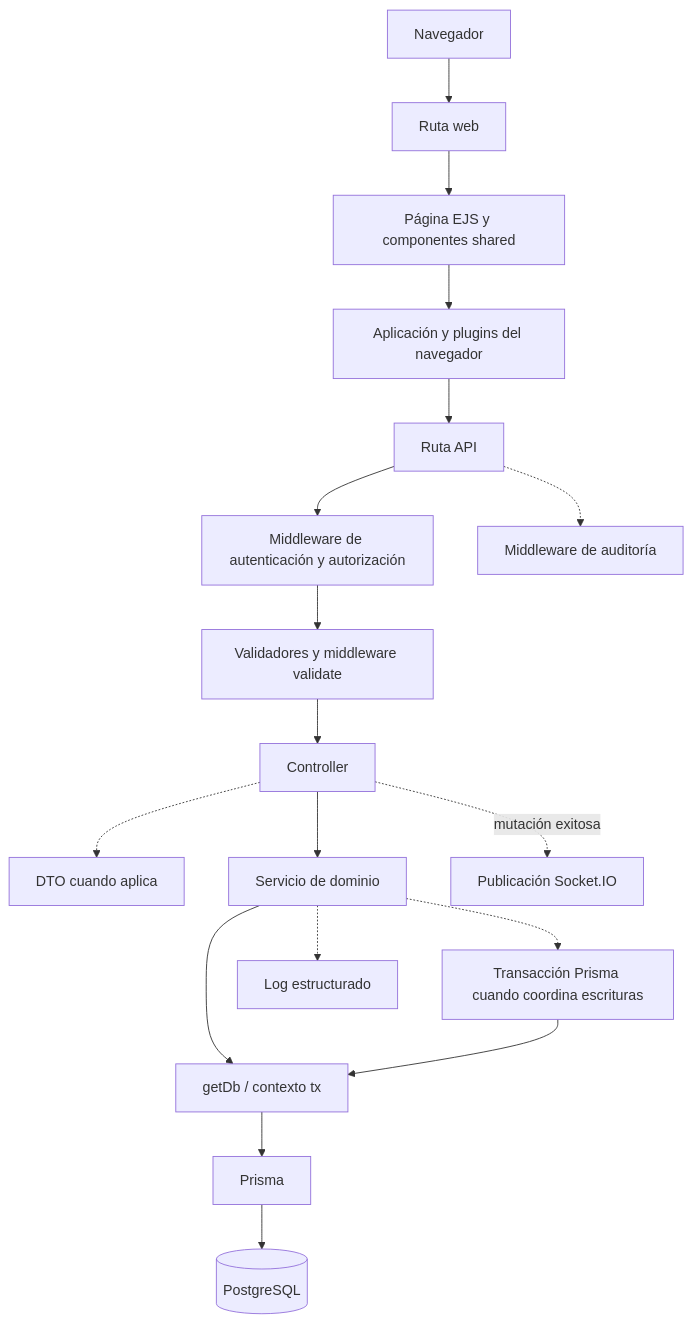
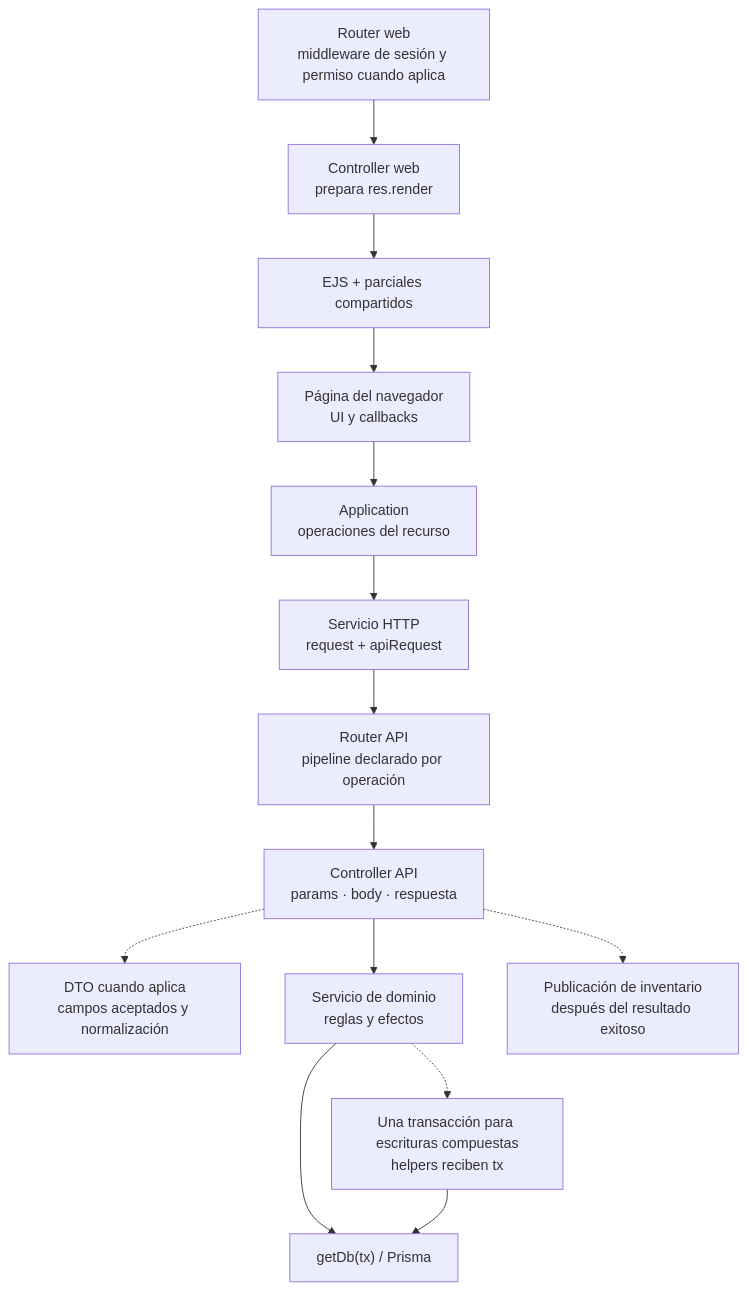
The diagram in docs/architecture/views/development/code-diagrams/05-views-dynamic.md (gpgsistemas01/nexus), drawn with Mermaid before and after one commit. The commit also changed other lines of this file and 27 other files, not shown here.

````diff
--- a/docs/architecture/views/development/code-diagrams/05-views-dynamic.md
+++ b/docs/architecture/views/development/code-diagrams/05-views-dynamic.md
@@ -12,21 +10,16 @@
 ```mermaid
 flowchart TB
-    browser["Navegador"] --> webRoute["Ruta web"]
-    webRoute --> ejs["Página EJS y componentes shared"]
-    ejs --> client["Aplicación y plugins del navegador"]
-    client --> apiRoute["Ruta API"]
-
-    apiRoute --> auth["Middleware de autenticación y autorización"]
-    auth --> validation["Validadores y middleware validate"]
-    validation --> controller["Controller"]
-    controller -.-> dto["DTO cuando aplica"]
-    controller --> service["Servicio de dominio"]
-    service -.-> transaction["Transacción Prisma cuando coordina escrituras"]
-    service --> repository["getDb / contexto tx"]
-    transaction --> repository
-    repository --> prisma["Prisma"]
-    prisma --> postgres[("PostgreSQL")]
-    controller -.->|"mutación exitosa"| socket["Publicación Socket.IO"]
-    apiRoute -.-> audit["Middleware de auditoría"]
-    service -.-> log["Log estructurado"]
+    web["Router web<br/>middleware de sesión y permiso cuando aplica"] --> webController["Controller web<br/>prepara res.render"]
+    webController --> ejs["EJS + parciales compartidos"]
+    ejs --> page["Página del navegador<br/>UI y callbacks"]
+    page --> application["Application<br/>operaciones del recurso"]
+    application --> http["Servicio HTTP<br/>request + apiRequest"]
+    http --> api["Router API<br/>pipeline declarado por operación"]
+    api --> controller["Controller API<br/>params · body · respuesta"]
+    controller -.-> dto["DTO cuando aplica<br/>campos aceptados y normalización"]
+    controller --> service["Servicio de dominio<br/>reglas y efectos"]
+    service -.-> tx["Una transacción para escrituras compuestas<br/>helpers reciben tx"]
+    service --> persistence["getDb(tx) / Prisma"]
+    tx --> persistence
+    controller -.-> events["Publicación de inventario<br/>después del resultado exitoso"]
 ```
````
